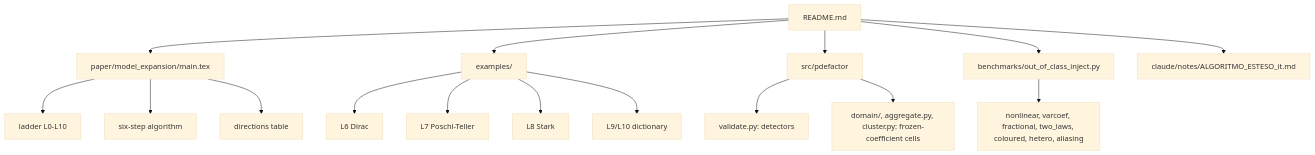
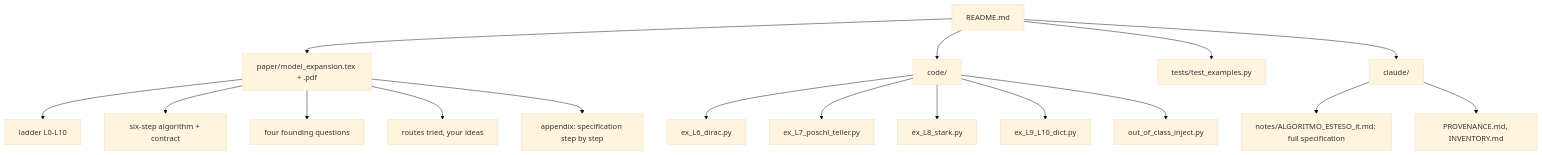
The diagram in claude/MAP.md (FlavioApric/pde-factor-fit), drawn with Mermaid (base theme) before and after one commit. The commit also changed other lines of this file and 104 other files, not shown here.

First line of the commit message:
model-expansion: restructure into paper/ code/ tests/ claude/ (one tex+pdf, flat code, duplicate pipeline copy removed), provenance, README

````diff
--- a/claude/MAP.md
+++ b/claude/MAP.md
@@ -3,18 +3,19 @@
 ```mermaid
 flowchart TD
-  R[README.md] --> P[paper/model_expansion/main.tex]
-  R --> EX[examples/]
-  R --> S[src/pdefactor]
-  R --> B[benchmarks/out_of_class_inject.py]
-  R --> C[claude/notes/ALGORITMO_ESTESO_it.md]
+  R[README.md] --> P[paper/model_expansion.tex + .pdf]
+  R --> C[code/]
+  R --> T[tests/test_examples.py]
+  R --> CL[claude/]
   P --> L[ladder L0-L10]
-  P --> A[six-step algorithm]
-  P --> D[directions table]
-  EX --> E6[L6 Dirac]
-  EX --> E7[L7 Poschl-Teller]
-  EX --> E8[L8 Stark]
-  EX --> E9[L9/L10 dictionary]
-  S --> V[validate.py: detectors]
-  S --> DM[domain/, aggregate.py, cluster.py: frozen-coefficient cells]
-  B --> INJ[nonlinear, varcoef, fractional, two_laws, coloured, hetero, aliasing]
+  P --> A[six-step algorithm + contract]
+  P --> Q[four founding questions]
+  P --> RT[routes tried, your ideas]
+  P --> AP[appendix: specification step by step]
+  C --> E6[ex_L6_dirac.py]
+  C --> E7[ex_L7_poschl_teller.py]
+  C --> E8[ex_L8_stark.py]
+  C --> E9[ex_L9_L10_dict.py]
+  C --> INJ[out_of_class_inject.py]
+  CL --> SP[notes/ALGORITMO_ESTESO_it.md: full specification]
+  CL --> PV[PROVENANCE.md, INVENTORY.md]
 ```
````
